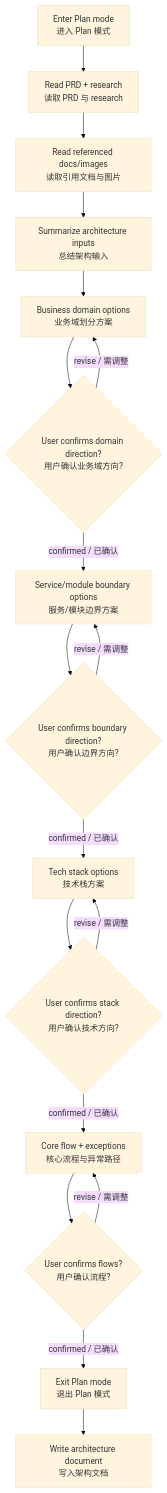
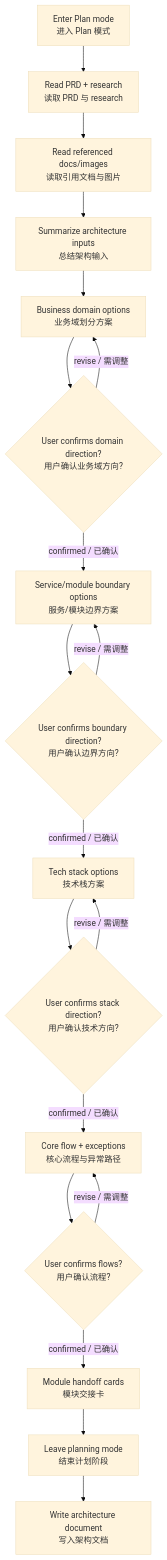
One commit to hisuL/ProjectSkill changed the diagram in architecture-design/SKILL.md. Above: the diagram before and after it, drawn with Mermaid (base theme). The commit also changed other lines of this file and 11 other files, not shown here.

Commit message:
docs: update architecture template with dependency contract and module handoff card sections

````diff
--- a/architecture-design/SKILL.md
+++ b/architecture-design/SKILL.md
@@ -90,20 +106,21 @@
 ```mermaid
 flowchart TD
     A[Enter Plan mode<br/>进入 Plan 模式] --> B[Read PRD + research<br/>读取 PRD 与 research]
     B --> C[Read referenced docs/images<br/>读取引用文档与图片]
     C --> D[Summarize architecture inputs<br/>总结架构输入]
     D --> E[Business domain options<br/>业务域划分方案]
     E --> F{User confirms domain direction?<br/>用户确认业务域方向?}
     F -- revise / 需调整 --> E
     F -- confirmed / 已确认 --> G[Service/module boundary options<br/>服务/模块边界方案]
     G --> H{User confirms boundary direction?<br/>用户确认边界方向?}
     H -- revise / 需调整 --> G
     H -- confirmed / 已确认 --> I[Tech stack options<br/>技术栈方案]
     I --> J{User confirms stack direction?<br/>用户确认技术方向?}
     J -- revise / 需调整 --> I
     J -- confirmed / 已确认 --> K[Core flow + exceptions<br/>核心流程与异常路径]
     K --> L{User confirms flows?<br/>用户确认流程?}
     L -- revise / 需调整 --> K
-    L -- confirmed / 已确认 --> M[Exit Plan mode<br/>退出 Plan 模式]
-    M --> N[Write architecture document<br/>写入架构文档]
+    L -- confirmed / 已确认 --> M[Module handoff cards<br/>模块交接卡]
+    M --> N[Leave planning mode<br/>结束计划阶段]
+    N --> O[Write architecture document<br/>写入架构文档]
 ```
````
